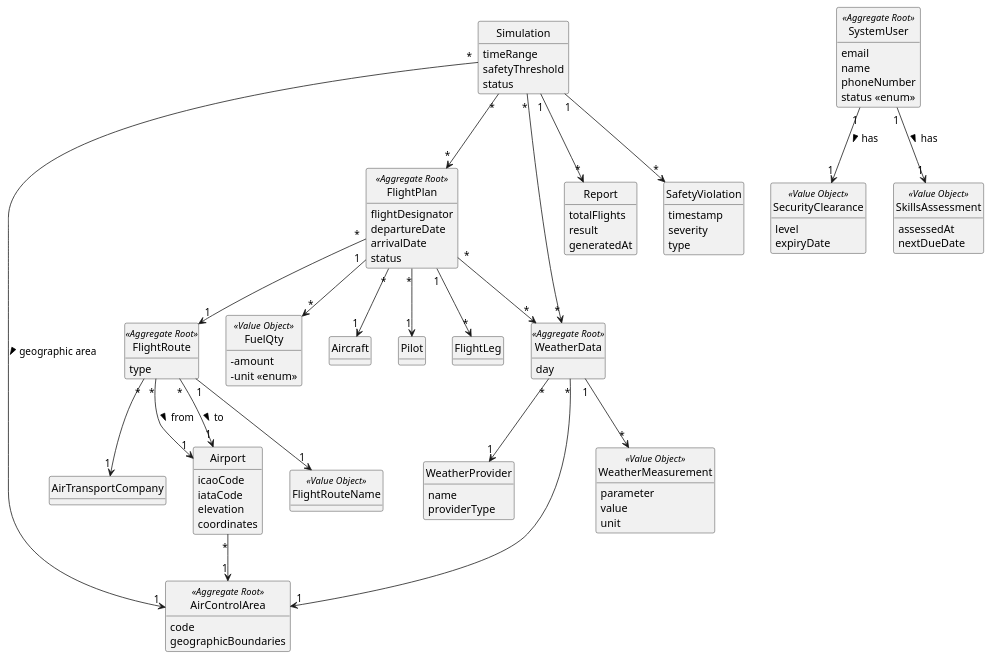
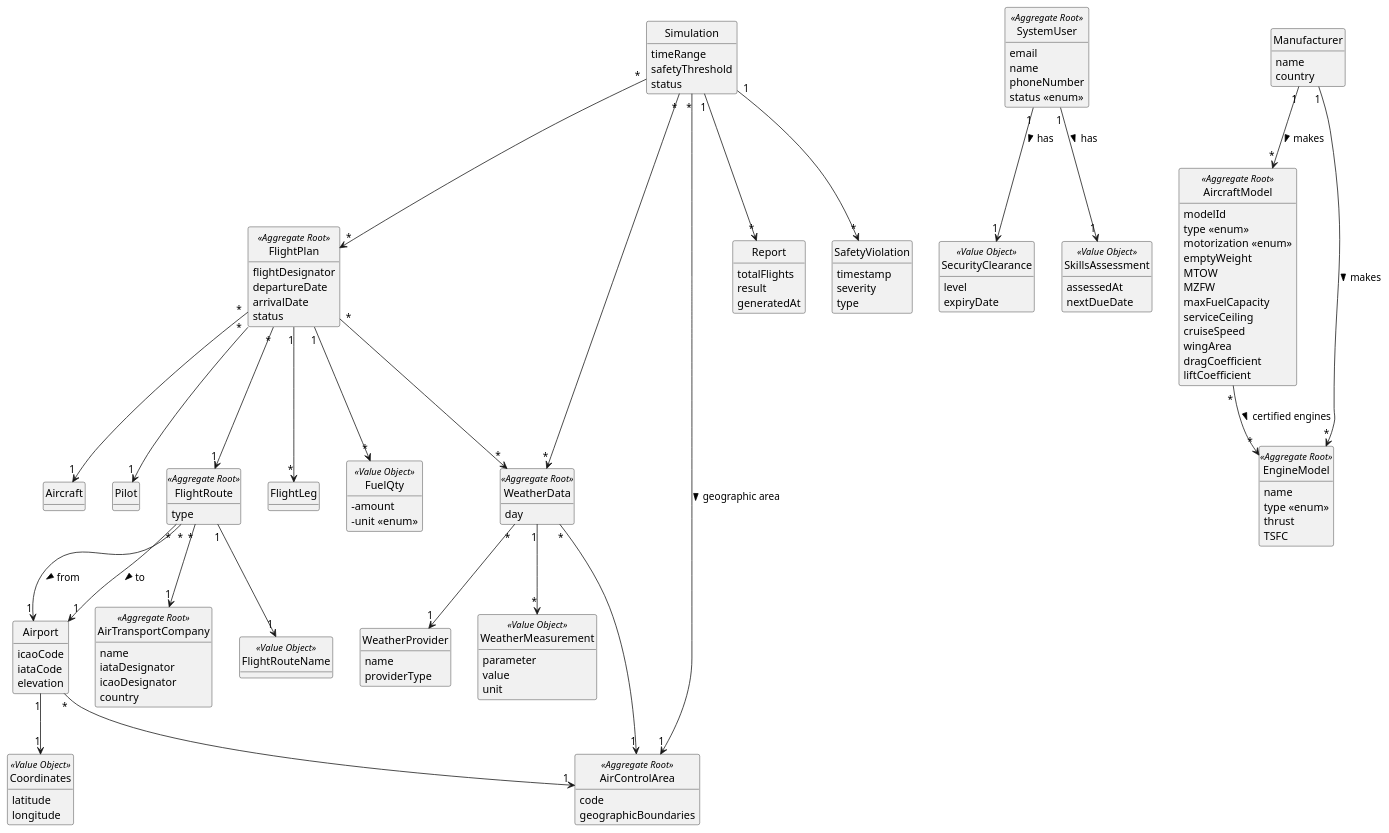
One commit to GustavoFerreira24/flight-management-platform changed the diagram in docs/global-artifacts/02.analysis/puml/DM.puml. Above: the diagram before and after it, drawn with PlantUML.

Commit message:
Domain Model updated with some terms connected to the US50-60 [#14]

```diff
--- a/docs/global-artifacts/02.analysis/puml/DM.puml
+++ b/docs/global-artifacts/02.analysis/puml/DM.puml
@@ -1,140 +1,179 @@
 @startuml
 skinparam monochrome true
 skinparam packageStyle rectangle
 skinparam shadowing false
 'skinparam linetype ortho
 'left to right direction
 skinparam classAttributeIconSize 0
 hide circle
 hide methods
 
-'title Domain Model
 
 class Simulation  {
     timeRange
     safetyThreshold
     status
 }
 
 class FlightPlan <<Aggregate Root>> {
     flightDesignator
     departureDate
     arrivalDate
     status
 }
 
 class FuelQty <<Value Object>> {
     - amount
     - unit <<enum>>
 }
 
 class FlightLeg {
 
 }
 
 class FlightRoute <<Aggregate Root>> {
     type
 }
 
 class Airport {
     icaoCode
     iataCode
     elevation
-    coordinates
 }
 
 class AirControlArea <<Aggregate Root>> {
     code
     geographicBoundaries
 }
 
-class AirTransportCompany {
-
+class AirTransportCompany <<Aggregate Root>> {
+    name
+    iataDesignator
+    icaoDesignator
+    country
 }
 
 class Aircraft {
 
 }
 
 class FlightRouteName <<Value Object>> {
 
 }
 
 class Report {
     totalFlights
     result
     generatedAt
 }
 
 class Pilot {
 
 }
 
 class SafetyViolation {
     timestamp
     severity
     type
 }
 
 class WeatherData <<Aggregate Root>> {
     day
 }
 
 class WeatherMeasurement <<Value Object>> {
     parameter
     value
     unit
 }
 
 class WeatherProvider {
     name
     providerType
 }
 
 class SystemUser <<Aggregate Root>> {
     email
     name
     phoneNumber
     status <<enum>>
 }
 
 class SecurityClearance <<Value Object>> {
     level
     expiryDate
 }
 
 class SkillsAssessment <<Value Object>> {
     assessedAt
     nextDueDate
 }
 
+class Coordinates <<Value Object>> {
+    latitude
+    longitude
+}
+
+class AircraftModel <<Aggregate Root>> {
+    modelId
+    type <<enum>>
+    motorization <<enum>>
+    emptyWeight
+    MTOW
+    MZFW
+    maxFuelCapacity
+    serviceCeiling
+    cruiseSpeed
+    wingArea
+    dragCoefficient
+    liftCoefficient
+}
+
+class EngineModel <<Aggregate Root>> {
+    name
+    type <<enum>>
+    thrust
+    TSFC
+}
+
+class Manufacturer {
+    name
+    country
+}
+
 
 
 Simulation "*" --> "*" FlightPlan
 Simulation "1" --> "*" Report
 Simulation "1" --> "*" SafetyViolation
 Simulation "*" --> "*" WeatherData
 Simulation "*" --> "1" AirControlArea : geographic area >
 
 FlightRoute "*" --> "1" Airport : from >
 FlightRoute "*" --> "1" Airport : to >
 FlightRoute "*" --> "1" AirTransportCompany
 FlightRoute "1" --> "1" FlightRouteName
 
 FlightPlan "*" --> "1" FlightRoute
 FlightPlan "*" --> "1" Pilot
 FlightPlan "*" --> "1" Aircraft
 FlightPlan "1" --> "*" FlightLeg
 FlightPlan "1" --> "*" FuelQty
 FlightPlan "*" --> "*" WeatherData
 
 Airport "*" --> "1" AirControlArea
 
 WeatherData "*" --> "1" AirControlArea
 WeatherData "*" --> "1" WeatherProvider
 WeatherData "1" --> "*" WeatherMeasurement
 
 SystemUser "1" --> "1" SecurityClearance : has >
 SystemUser "1" --> "1" SkillsAssessment : has >
 
+Airport "1" --> "1" Coordinates
+Manufacturer "1" --> "*" AircraftModel : makes >
+Manufacturer "1" --> "*" EngineModel : makes >
+AircraftModel "*" --> "*" EngineModel : certified engines >
+
+
 @enduml
```
